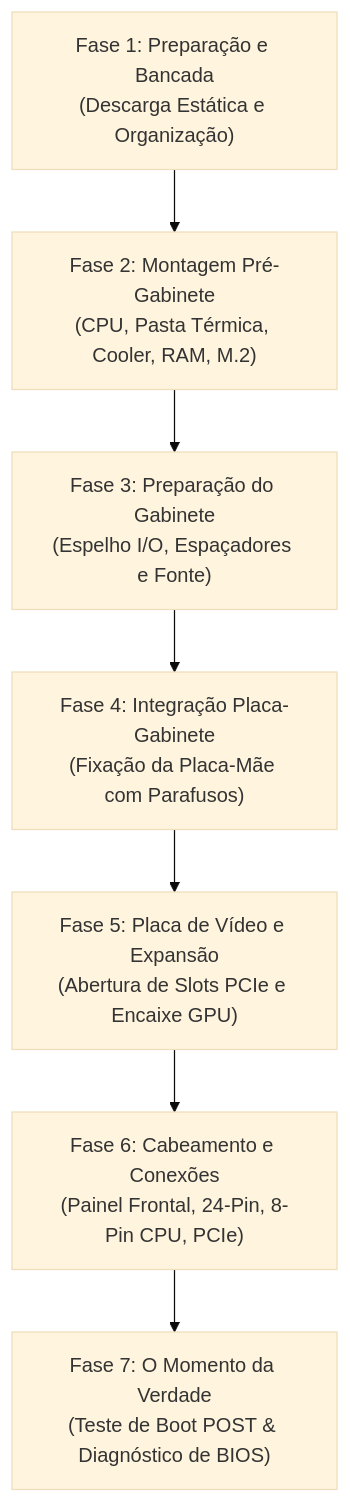
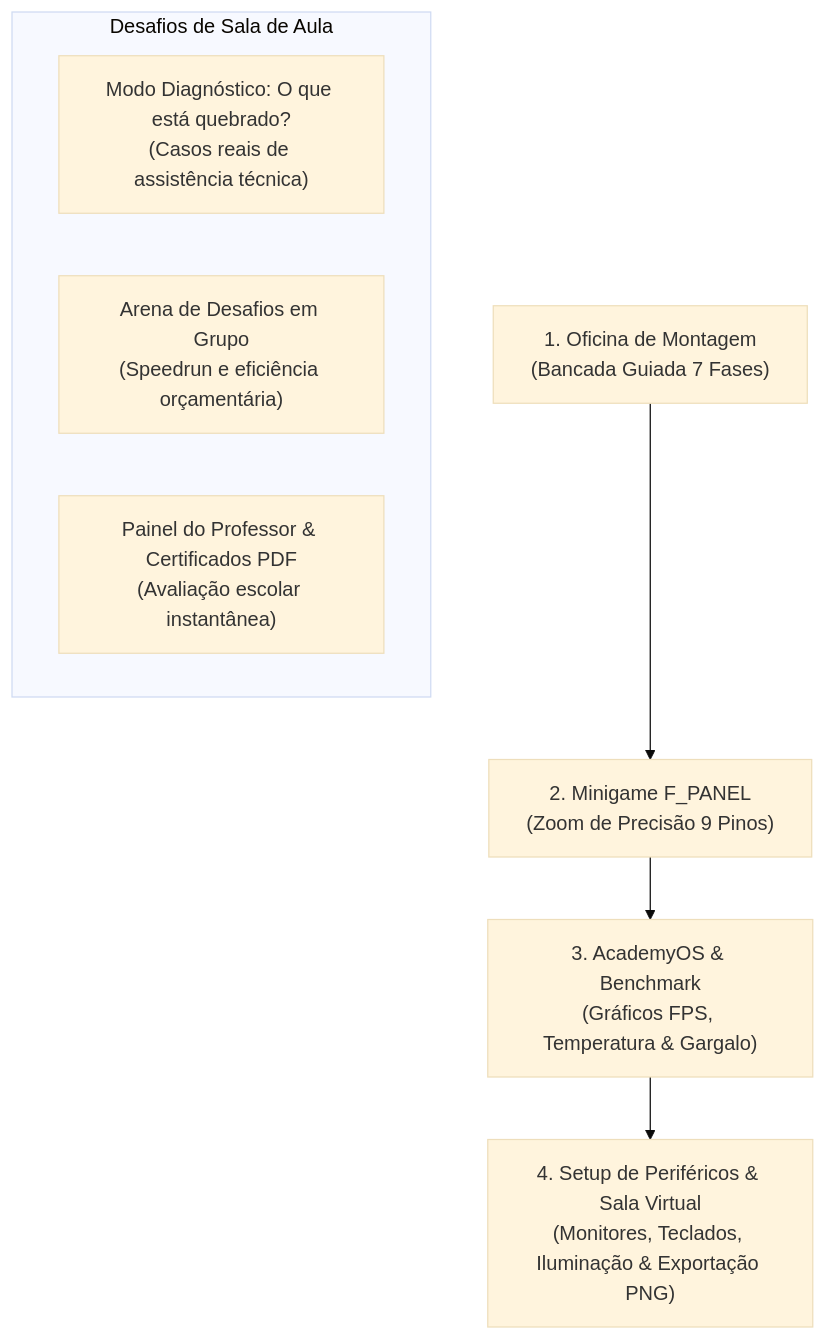
One commit to narcisojunior-dev/NEXT-GAME-ARQ changed the diagram in docs/PRD.md. Above: the diagram before and after it, drawn with Mermaid (base theme). The commit also changed other lines of this file and 4 other files, not shown here.

Commit message:
docs(spec): atualizar PRD v2.0, Design System e ADR-006/007 para setup completo, benchmark e sala virtual

````diff
--- a/docs/PRD.md
+++ b/docs/PRD.md
@@ -79,9 +21,12 @@
 ```mermaid
 flowchart TD
-    Fase1["Fase 1: Preparação e Bancada<br>(Descarga Estática e Organização)"] --> Fase2["Fase 2: Montagem Pré-Gabinete<br>(CPU, Pasta Térmica, Cooler, RAM, M.2)"]
-    Fase2 --> Fase3["Fase 3: Preparação do Gabinete<br>(Espelho I/O, Espaçadores e Fonte)"]
-    Fase3 --> Fase4["Fase 4: Integração Placa-Gabinete<br>(Fixação da Placa-Mãe com Parafusos)"]
-    Fase4 --> Fase5["Fase 5: Placa de Vídeo e Expansão<br>(Abertura de Slots PCIe e Encaixe GPU)"]
-    Fase5 --> Fase6["Fase 6: Cabeamento e Conexões<br>(Painel Frontal, 24-Pin, 8-Pin CPU, PCIe)"]
-    Fase6 --> Fase7["Fase 7: O Momento da Verdade<br>(Teste de Boot POST & Diagnóstico de BIOS)"]
+    M1["1. Oficina de Montagem<br>(Bancada Guiada 7 Fases)"] --> M2["2. Minigame F_PANEL<br>(Zoom de Precisão 9 Pinos)"]
+    M2 --> M3["3. AcademyOS & Benchmark<br>(Gráficos FPS, Temperatura & Gargalo)"]
+    M3 --> M4["4. Setup de Periféricos & Sala Virtual<br>(Monitores, Teclados, Iluminação & Exportação PNG)"]
+    
+    subgraph ModosEspeciais["Desafios de Sala de Aula"]
+        M5["Modo Diagnóstico: O que está quebrado?<br>(Casos reais de assistência técnica)"]
+        M6["Arena de Desafios em Grupo<br>(Speedrun e eficiência orçamentária)"]
+        M7["Painel do Professor & Certificados PDF<br>(Avaliação escolar instantânea)"]
+    end
 ```
````
